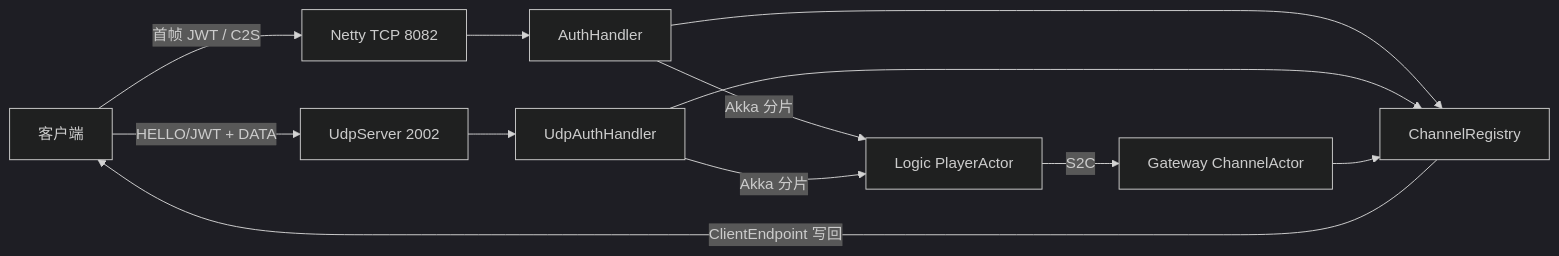
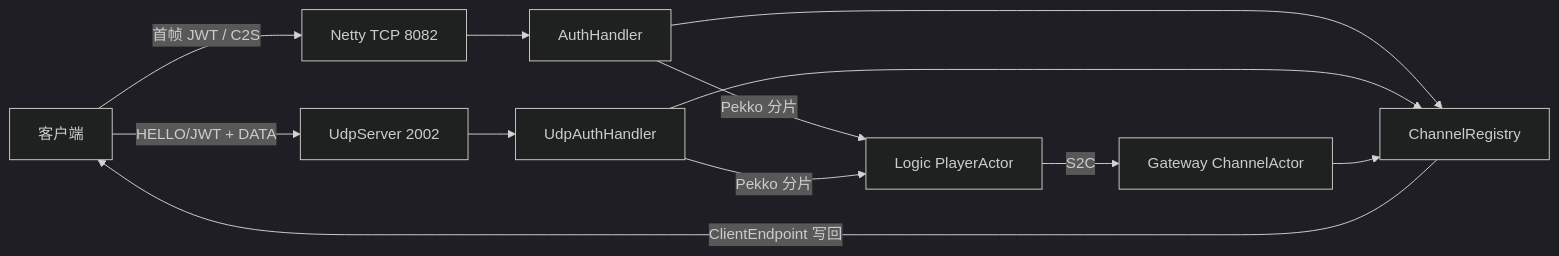
One commit to xunsang2022/xs-net changed the diagram in game-server/game-node-gateway/README.md. Above: the diagram before and after it, drawn with Mermaid (dark theme). The commit also changed other lines of this file and 11 other files, not shown here.

````diff
--- a/game-server/game-node-gateway/README.md
+++ b/game-server/game-node-gateway/README.md
@@ -11,14 +11,14 @@
 ```mermaid
 flowchart LR
     Client[客户端] -->|首帧 JWT / C2S| Netty[Netty TCP 8082]
     Netty --> Auth[AuthHandler]
     Client -->|HELLO/JWT + DATA| UDP[UdpServer 2002]
     UDP --> UdpAuth[UdpAuthHandler]
     Auth --> Registry[ChannelRegistry]
     UdpAuth --> Registry
-    Auth -->|Akka 分片| Player[Logic PlayerActor]
-    UdpAuth -->|Akka 分片| Player
+    Auth -->|Pekko 分片| Player[Logic PlayerActor]
+    UdpAuth -->|Pekko 分片| Player
     Player -->|S2C| ChannelActor[Gateway ChannelActor]
     ChannelActor --> Registry
     Registry -->|ClientEndpoint 写回| Client
 ```
````
